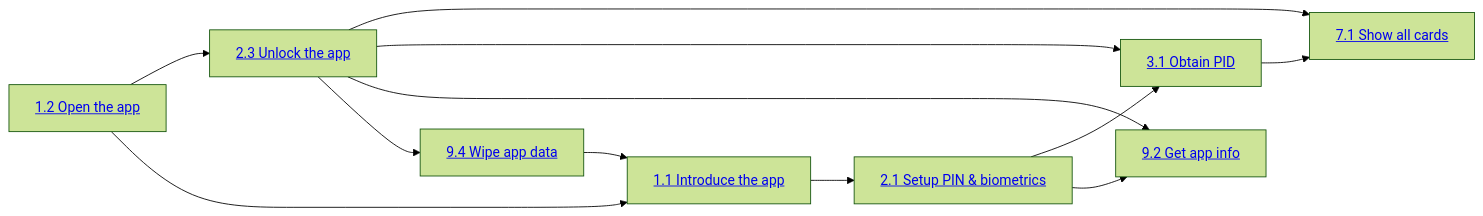
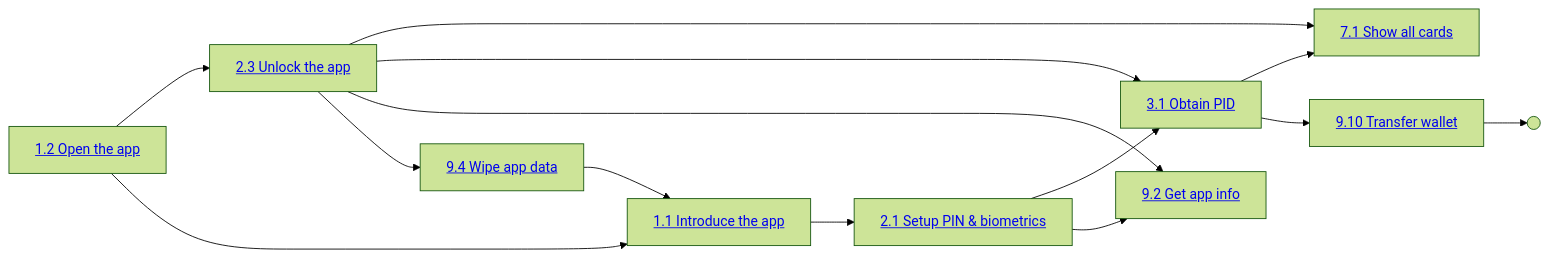
Before and after one commit to MinBZK/nl-wallet: the first of 3 diagrams in wallet_docs/functional-design/use-case-overview.md, drawn with Mermaid (forest theme). The commit also changed 8 other files, not shown here.

First line of the commit message:
wallet transfer FD, TCs & some boy scouting fixes

````diff
--- a/wallet_docs/functional-design/use-case-overview.md
+++ b/wallet_docs/functional-design/use-case-overview.md
@@ -13,33 +13,38 @@
 ```{mermaid}
 flowchart LR
 INTRODUCE["<a href='use-cases/UC1.1_IntroduceTheApp.html'>1.1 Introduce the app</a>"]
 OPEN["<a href='use-cases/UC1.2_OpenTheApp.html'>1.2 Open the app</a>"]
 
 SETUP_PIN["<a href='use-cases/UC2.1_SetupRemotePinAndBiometricsUnlock.html'>2.1 Setup PIN & biometrics</a>"]
 UNLOCK["<a href='use-cases/UC2.3_UnlockTheApp.html'>2.3 Unlock the app</a>"]
 
 OBTAIN_PID["<a href='use-cases/UC3.1_ObtainPidFromProvider.html'>3.1 Obtain PID</a>"]
 
 ALL_CARDS["<a href='use-cases/UC7.1_ShowAllAvailableCards.html'>7.1 Show all cards</a>"]
+TRANSFER["<a href='use-cases/UC9.10_TransferWallet.html'>9.10 Transfer wallet</a>"]
+END((" "))
 
 APP_INFO["<a href='use-cases/UC9.2_GetAppInformation.html'>9.2 Get app info</a>"]
 WIPE["<a href='use-cases/UC9.4_WipeAllAppData.html'>9.4 Wipe app data</a>"]
 
 OPEN --> UNLOCK
 OPEN --> INTRODUCE
 
 UNLOCK --> ALL_CARDS
 UNLOCK --> OBTAIN_PID
 UNLOCK --> APP_INFO
 UNLOCK --> WIPE
 
 INTRODUCE --> SETUP_PIN
 
 OBTAIN_PID --> ALL_CARDS
+OBTAIN_PID --> TRANSFER
+
+TRANSFER --> END
 
 WIPE --> INTRODUCE
 
 SETUP_PIN --> OBTAIN_PID
 SETUP_PIN --> APP_INFO
 
 ```
````
